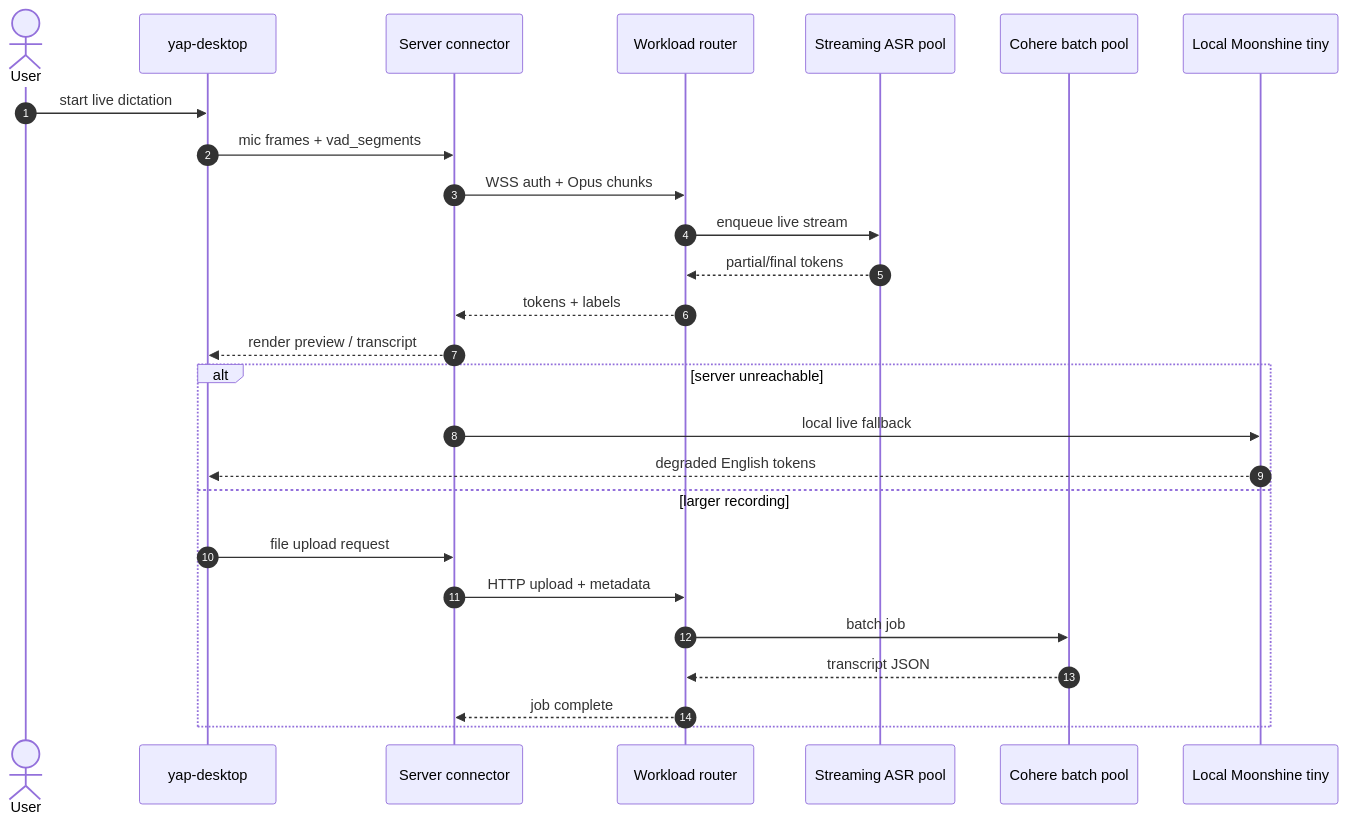
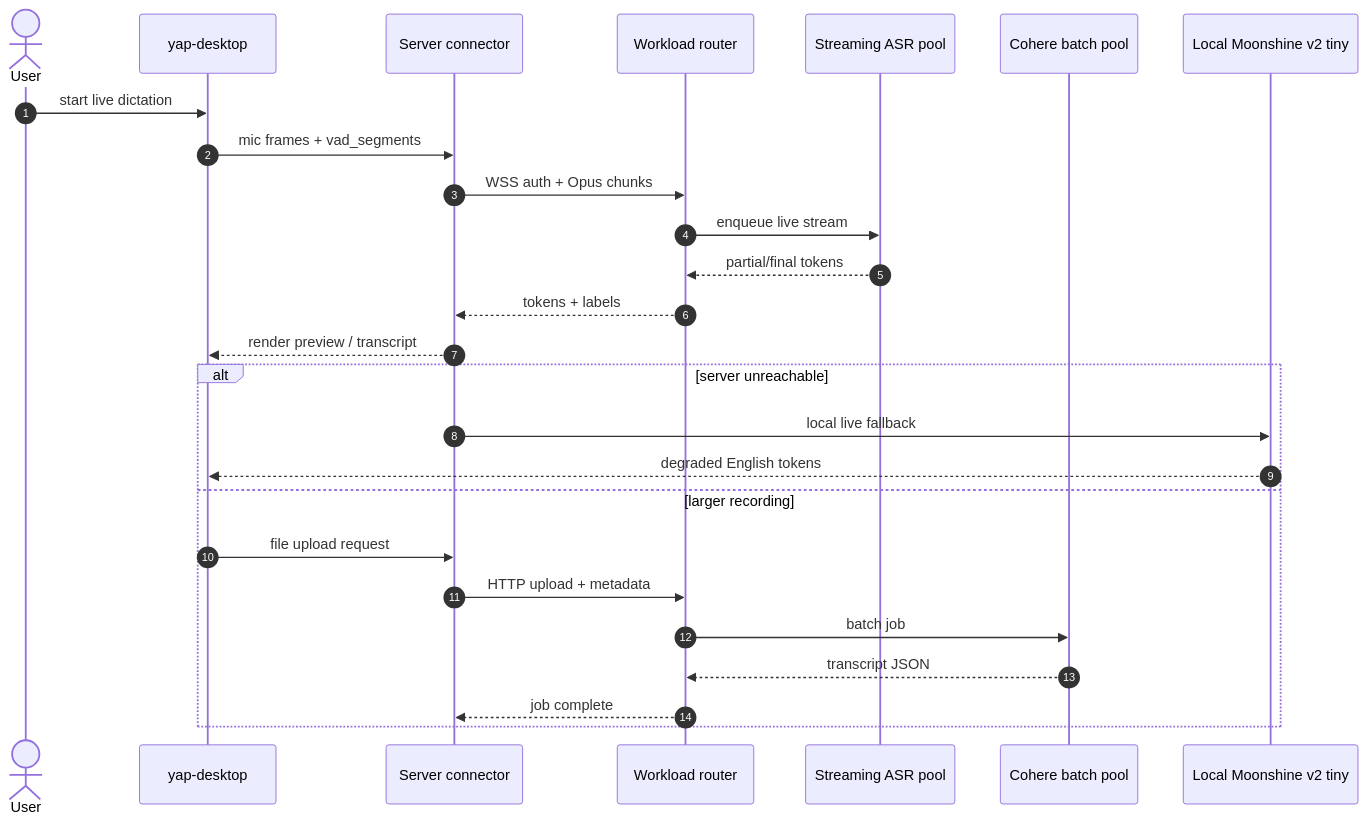
One commit to mcnatg1/yap changed the fourth of 5 diagrams in docs/adr/0014-server-tier-compute-topology.md. Above: the diagram before and after it, drawn with Mermaid. The commit also changed other lines of this file and 19 other files, not shown here.

Commit message:
feat: align live fallback with moonshine v2 tiny

````diff
--- a/docs/adr/0014-server-tier-compute-topology.md
+++ b/docs/adr/0014-server-tier-compute-topology.md
@@ -186,30 +186,30 @@
 ```mermaid
 sequenceDiagram
     autonumber
     actor User
     participant Desktop as yap-desktop
     participant Connector as Server connector
     participant Router as Workload router
     participant ASR as Streaming ASR pool
     participant Batch as Cohere batch pool
-    participant Fallback as Local Moonshine tiny
+    participant Fallback as Local Moonshine v2 tiny
 
     User->>Desktop: start live dictation
     Desktop->>Connector: mic frames + vad_segments
     Connector->>Router: WSS auth + Opus chunks
     Router->>ASR: enqueue live stream
     ASR-->>Router: partial/final tokens
     Router-->>Connector: tokens + labels
     Connector-->>Desktop: render preview / transcript
 
     alt server unreachable
         Connector->>Fallback: local live fallback
         Fallback-->>Desktop: degraded English tokens
     else larger recording
         Desktop->>Connector: file upload request
         Connector->>Router: HTTP upload + metadata
         Router->>Batch: batch job
         Batch-->>Router: transcript JSON
         Router-->>Connector: job complete
     end
 ```
````
